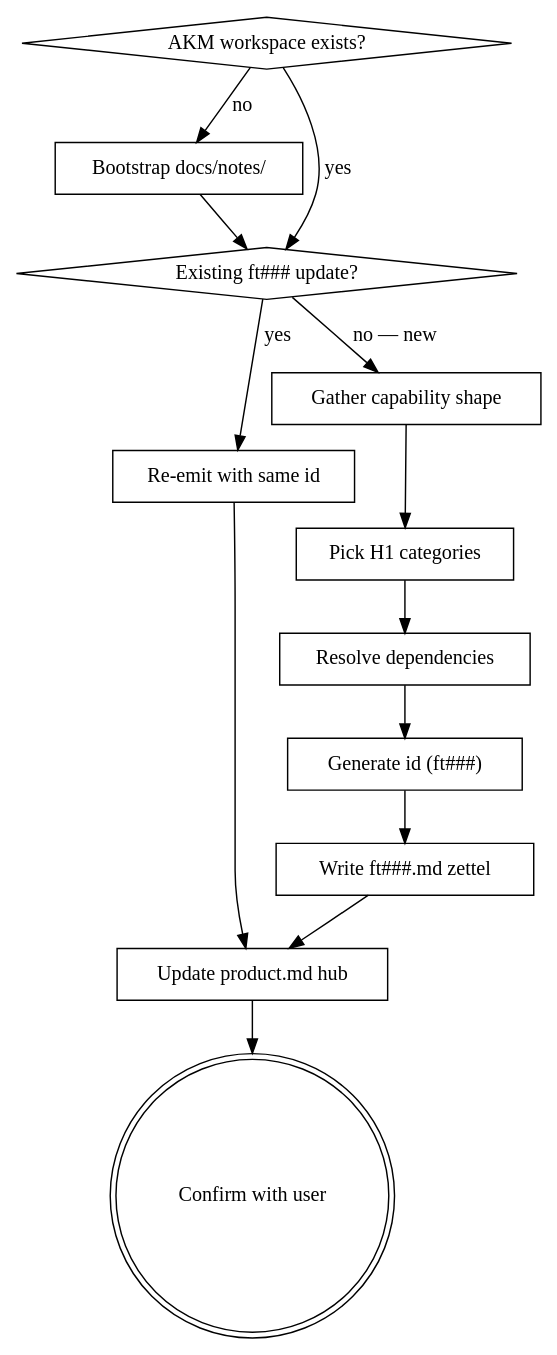
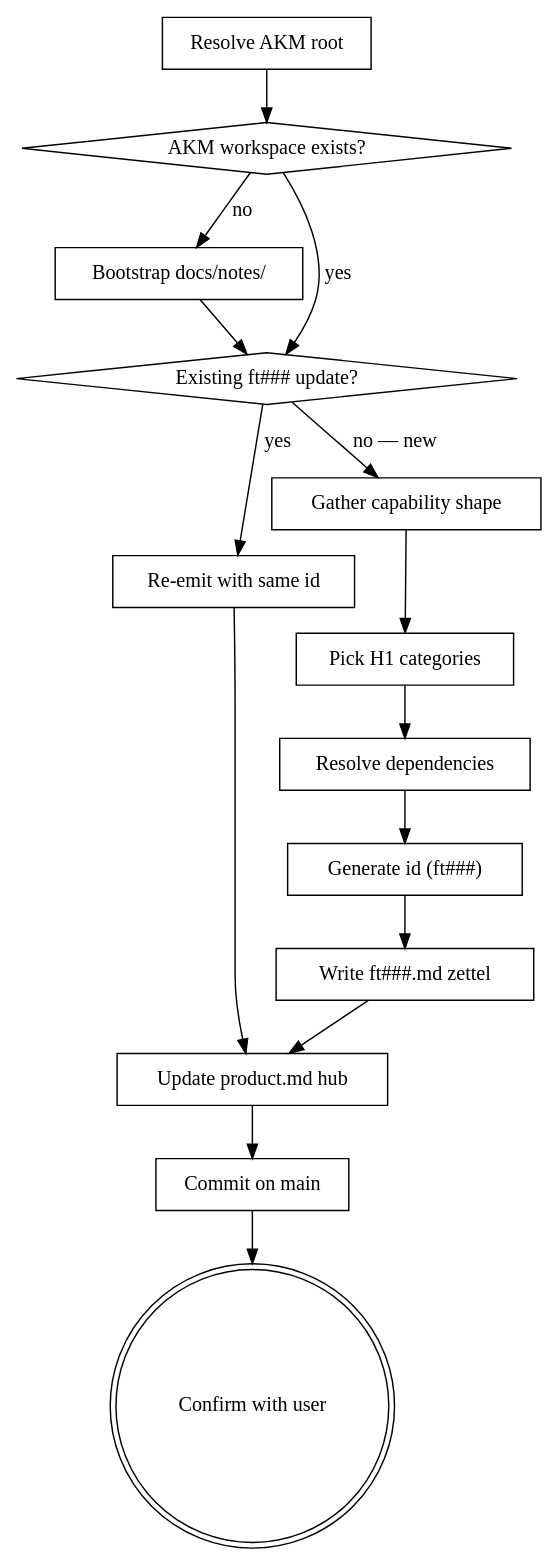
One commit to b3tchi/dotfiles changed the diagram in claude/marketplace/plugins/infinifu/skills/feature-write/SKILL.md. Above: the diagram before and after it, drawn with Graphviz. The commit also changed other lines of this file and 53 other files, not shown here.

````diff
--- a/claude/marketplace/plugins/infinifu/skills/feature-write/SKILL.md
+++ b/claude/marketplace/plugins/infinifu/skills/feature-write/SKILL.md
@@ -50,28 +62,32 @@
 ```dot
 digraph feature_write {
+    "Resolve AKM root" [shape=box];
     "AKM workspace exists?" [shape=diamond];
     "Bootstrap docs/notes/" [shape=box];
     "Existing ft### update?" [shape=diamond];
     "Re-emit with same id" [shape=box];
     "Gather capability shape" [shape=box];
     "Pick H1 categories" [shape=box];
     "Resolve dependencies" [shape=box];
     "Generate id (ft###)" [shape=box];
     "Write ft###.md zettel" [shape=box];
     "Update product.md hub" [shape=box];
+    "Commit on main" [shape=box];
     "Confirm with user" [shape=doublecircle];
 
+    "Resolve AKM root" -> "AKM workspace exists?";
     "AKM workspace exists?" -> "Bootstrap docs/notes/" [label="no"];
     "AKM workspace exists?" -> "Existing ft### update?" [label="yes"];
     "Bootstrap docs/notes/" -> "Existing ft### update?";
     "Existing ft### update?" -> "Re-emit with same id" [label="yes"];
     "Existing ft### update?" -> "Gather capability shape" [label="no — new"];
     "Re-emit with same id" -> "Update product.md hub";
     "Gather capability shape" -> "Pick H1 categories";
     "Pick H1 categories" -> "Resolve dependencies";
     "Resolve dependencies" -> "Generate id (ft###)";
     "Generate id (ft###)" -> "Write ft###.md zettel";
     "Write ft###.md zettel" -> "Update product.md hub";
-    "Update product.md hub" -> "Confirm with user";
+    "Update product.md hub" -> "Commit on main";
+    "Commit on main" -> "Confirm with user";
 }
 ```
````
